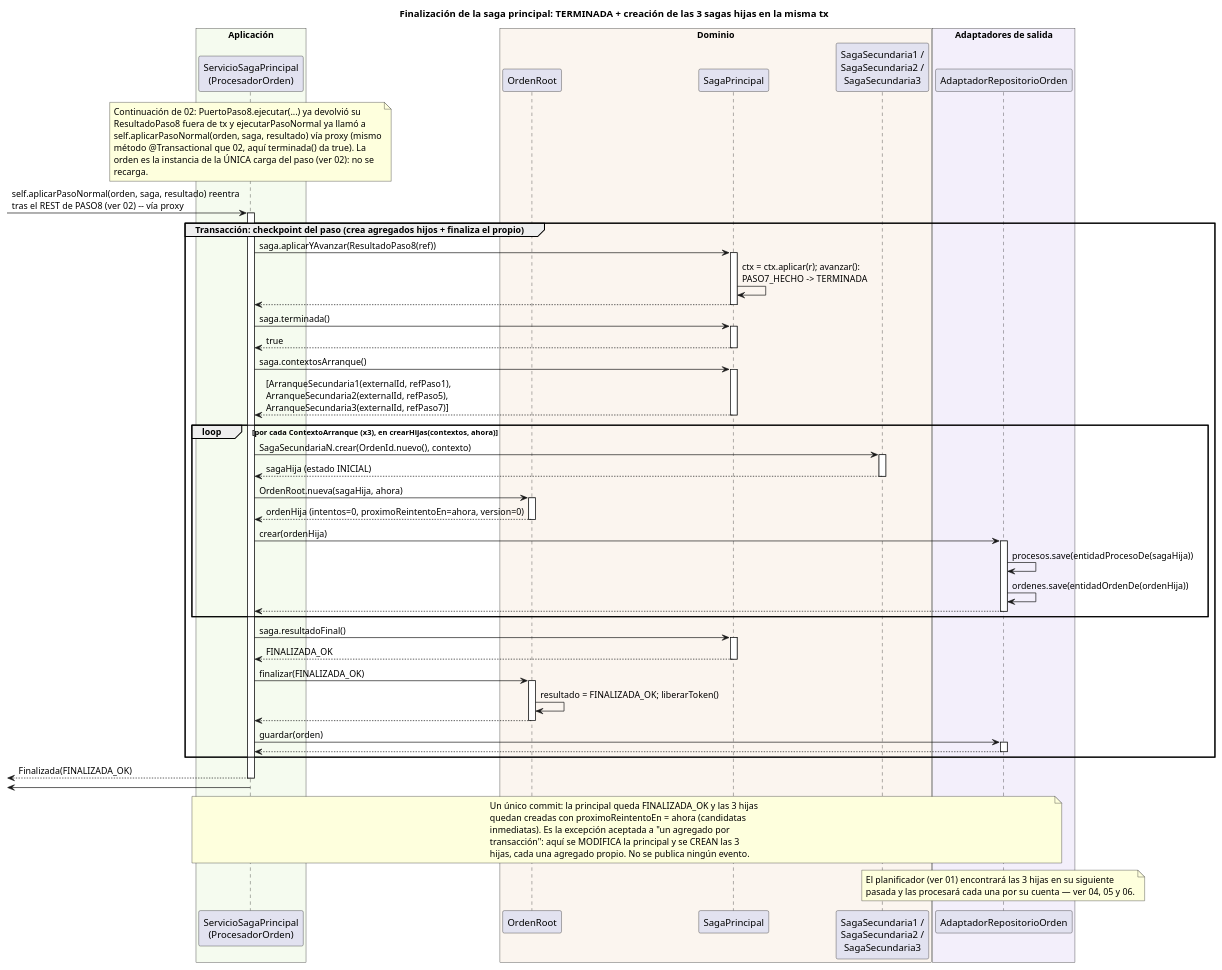
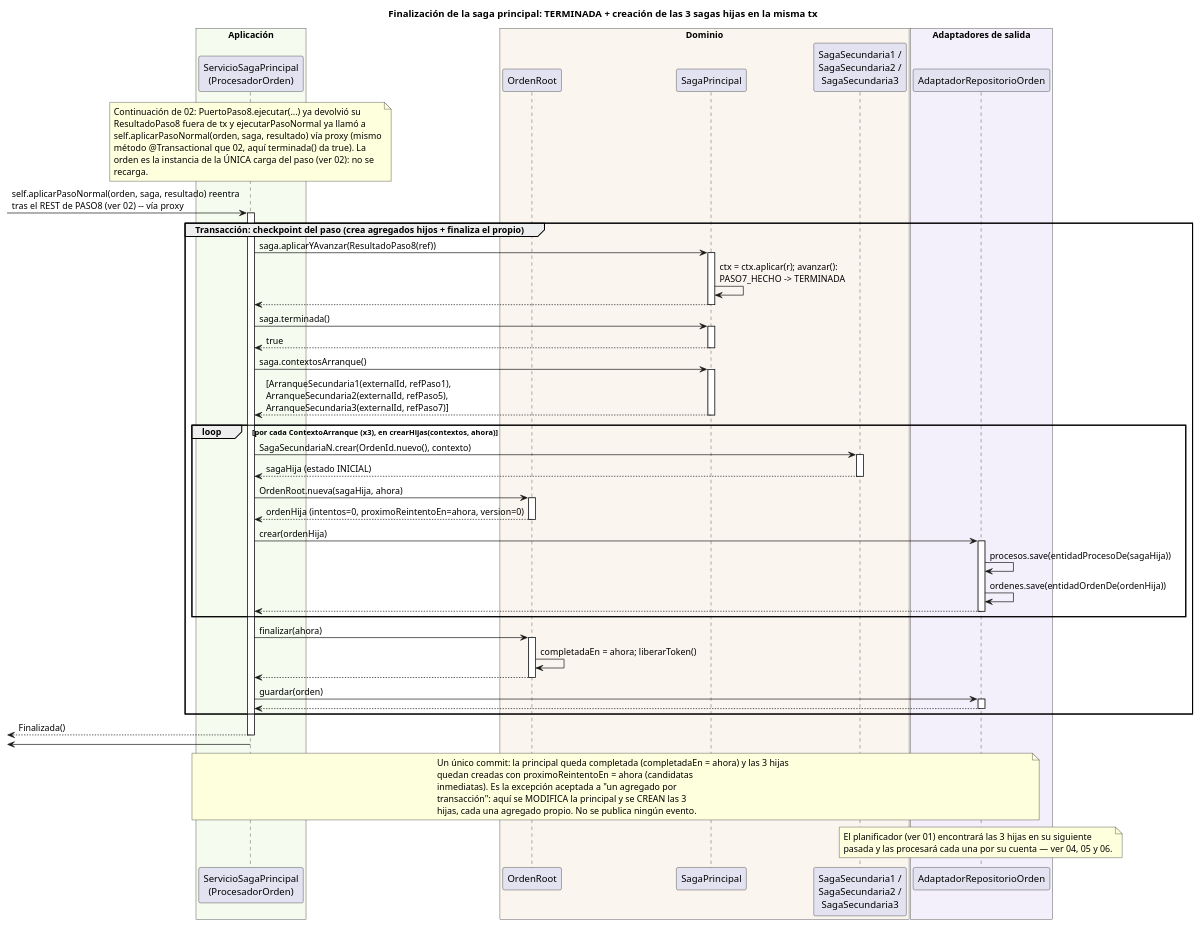
The diagram in order-manager/docs/03-finalizacion-saga-principal.puml (ralcazar/patrones), drawn with PlantUML before and after one commit. The commit also changed 24 other files, not shown here.

First line of the commit message:
Diagramas: sincronizar ResultadoOrden/FINALIZADA_OK con completadaEn

```diff
--- a/order-manager/docs/03-finalizacion-saga-principal.puml
+++ b/order-manager/docs/03-finalizacion-saga-principal.puml
@@ -1,73 +1,71 @@
 @startuml 03-finalizacion-saga-principal
 title Finalización de la saga principal: TERMINADA + creación de las 3 sagas hijas en la misma tx
 
 box "Aplicación" #F5FBEF
   participant "ServicioSagaPrincipal\n(ProcesadorOrden)" as ORQ
 end box
 box "Dominio" #FBF5EF
   participant "OrdenRoot" as ORDEN
   participant "SagaPrincipal" as SAGA
   participant "SagaSecundaria1 /\nSagaSecundaria2 /\nSagaSecundaria3" as HIJAS
 end box
 box "Adaptadores de salida" #F3EFFB
   participant "AdaptadorRepositorioOrden" as REPO
 end box
 
 note over ORQ
   Continuación de 02: PuertoPaso8.ejecutar(...) ya devolvió su
   ResultadoPaso8 fuera de tx y ejecutarPasoNormal ya llamó a
   self.aplicarPasoNormal(orden, saga, resultado) vía proxy (mismo
   método @Transactional que 02, aquí terminada() da true). La
   orden es la instancia de la ÚNICA carga del paso (ver 02): no se
   recarga.
 end note
 
 [-> ORQ : self.aplicarPasoNormal(orden, saga, resultado) reentra\ntras el REST de PASO8 (ver 02) -- vía proxy
 activate ORQ
 
 group Transacción: checkpoint del paso (crea agregados hijos + finaliza el propio)
   ORQ -> SAGA ++ : saga.aplicarYAvanzar(ResultadoPaso8(ref))
   SAGA -> SAGA : ctx = ctx.aplicar(r); avanzar():\nPASO7_HECHO -> TERMINADA
   return
   ORQ -> SAGA ++ : saga.terminada()
   return true
 
   ORQ -> SAGA ++ : saga.contextosArranque()
   return [ArranqueSecundaria1(externalId, refPaso1),\nArranqueSecundaria2(externalId, refPaso5),\nArranqueSecundaria3(externalId, refPaso7)]
 
   loop por cada ContextoArranque (x3), en crearHijas(contextos, ahora)
     ORQ -> HIJAS ++ : SagaSecundariaN.crear(OrdenId.nuevo(), contexto)
     return sagaHija (estado INICIAL)
     ORQ -> ORDEN ++ : OrdenRoot.nueva(sagaHija, ahora)
     return ordenHija (intentos=0, proximoReintentoEn=ahora, version=0)
     ORQ -> REPO ++ : crear(ordenHija)
     REPO -> REPO : procesos.save(entidadProcesoDe(sagaHija))
     REPO -> REPO : ordenes.save(entidadOrdenDe(ordenHija))
     return
   end
 
-  ORQ -> SAGA ++ : saga.resultadoFinal()
-  return FINALIZADA_OK
-  ORQ -> ORDEN ++ : finalizar(FINALIZADA_OK)
-  ORDEN -> ORDEN : resultado = FINALIZADA_OK; liberarToken()
+  ORQ -> ORDEN ++ : finalizar(ahora)
+  ORDEN -> ORDEN : completadaEn = ahora; liberarToken()
   return
   ORQ -> REPO ++ : guardar(orden)
   return
 end
-return Finalizada(FINALIZADA_OK)
+return Finalizada()
 [<- ORQ
 deactivate ORQ
 
 note over ORQ, REPO
-  Un único commit: la principal queda FINALIZADA_OK y las 3 hijas
+  Un único commit: la principal queda completada (completadaEn = ahora) y las 3 hijas
   quedan creadas con proximoReintentoEn = ahora (candidatas
   inmediatas). Es la excepción aceptada a "un agregado por
   transacción": aquí se MODIFICA la principal y se CREAN las 3
   hijas, cada una agregado propio. No se publica ningún evento.
 end note
 
 note over REPO
   El planificador (ver 01) encontrará las 3 hijas en su siguiente
   pasada y las procesará cada una por su cuenta — ver 04, 05 y 06.
 end note
 @enduml
```
